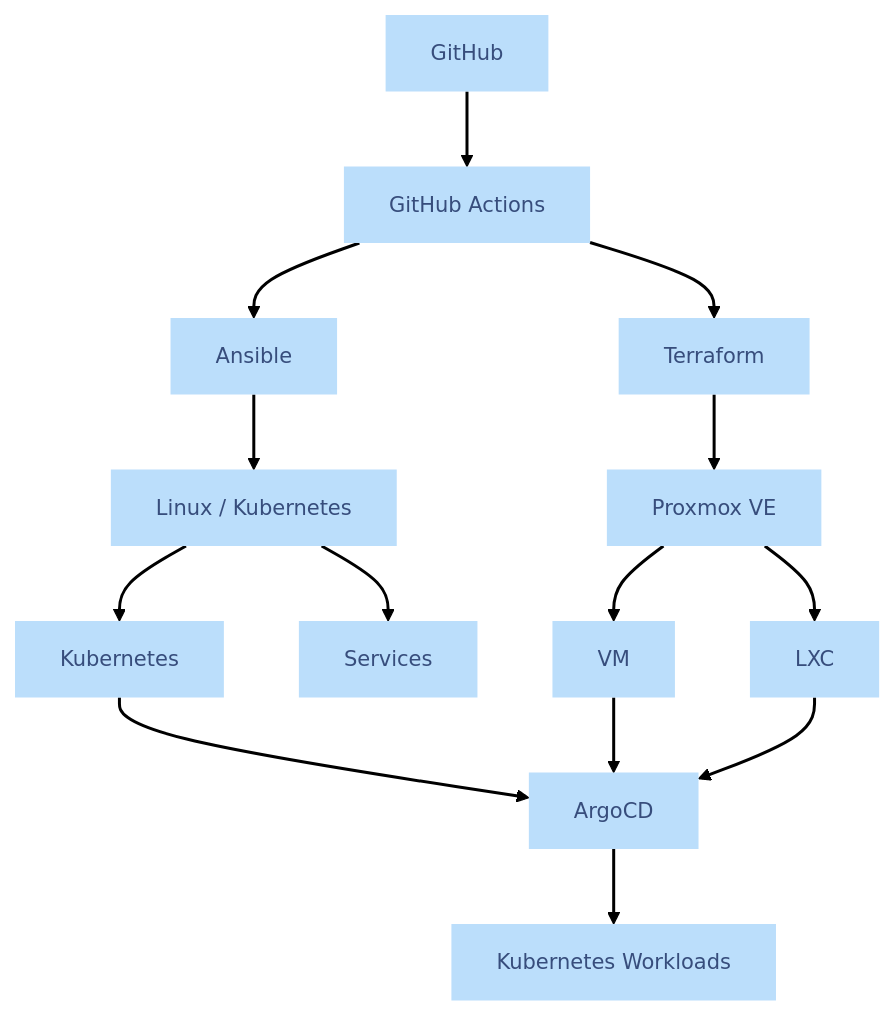
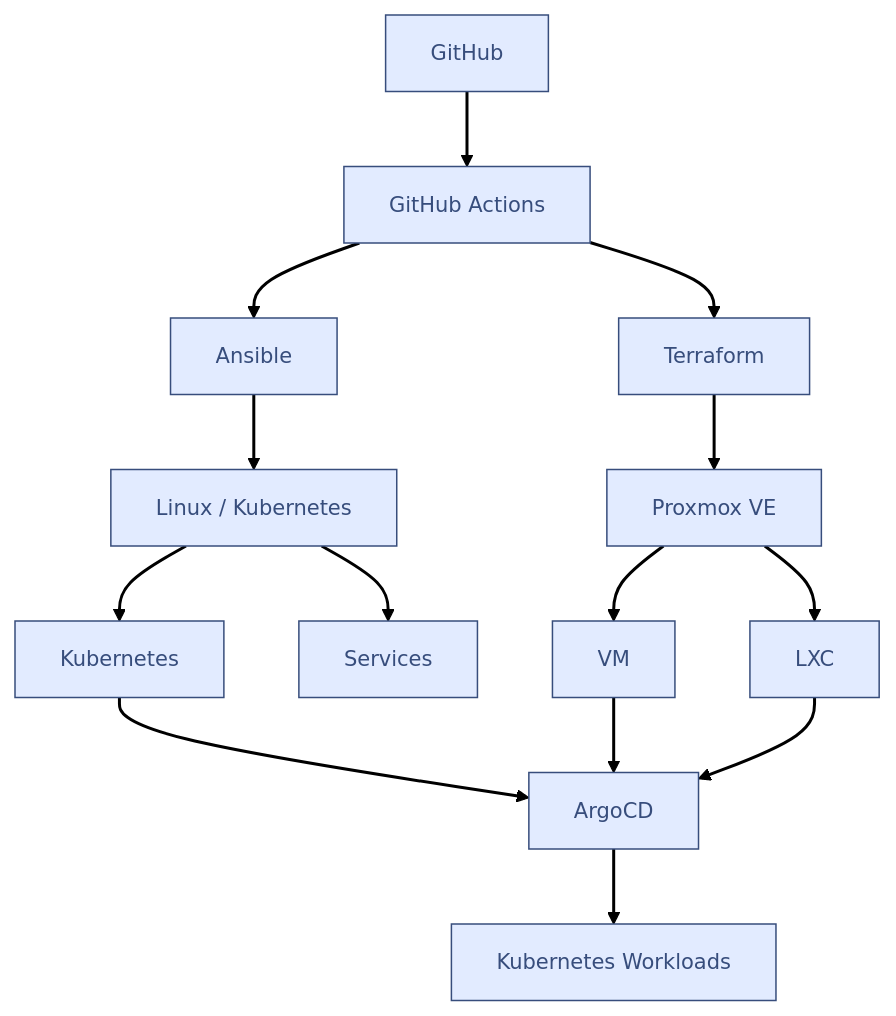
One commit to rs235/infrastructure changed the first of 2 diagrams in README.md. Above: the diagram before and after it, drawn with Mermaid.

Commit message:
Added first version of the architecture graph

````diff
--- a/README.md
+++ b/README.md
@@ -13,43 +13,31 @@
 ```mermaid
 ---
 config:
   theme: redux
 ---
 flowchart TB
     n2["GitHub"] --> n3["GitHub Actions"]
     n3 --> n4["Terraform"] & n5["Ansible"]
     n4 --> n6["Proxmox VE"]
     n5 --> n7["Linux / Kubernetes"]
     n7 --> n8["Kubernetes"] & n10["Services"]
     n8 --> n9["ArgoCD"]
     n6 --> n11["VM"] & n12["LXC"]
     n11 --> n9
     n12 --> n9
     n9 --> n13["Kubernetes Workloads"]
 
      n2:::Sky
      n3:::Sky
      n4:::Sky
      n5:::Sky
      n6:::Sky
      n7:::Sky
      n8:::Sky
      n10:::Sky
      n9:::Sky
      n11:::Sky
      n12:::Sky
      n13:::Sky
     classDef Sky stroke-width:1px, stroke-dasharray:none, stroke:#374D7C, fill:#E2EBFF, color:#374D7C
-    style n2 fill:#BBDEFB,stroke:none
-    style n3 stroke:none,fill:#BBDEFB
-    style n4 stroke:none,fill:#BBDEFB
-    style n5 stroke:none,fill:#BBDEFB
-    style n6 stroke:none,fill:#BBDEFB
-    style n7 stroke:none,fill:#BBDEFB
-    style n8 stroke:none,fill:#BBDEFB
-    style n10 stroke:none,fill:#BBDEFB
-    style n9 stroke:none,fill:#BBDEFB
-    style n11 stroke:none,fill:#BBDEFB
-    style n12 stroke:none,fill:#BBDEFB
-    style n13 stroke:none,fill:#BBDEFB
 ```
````
